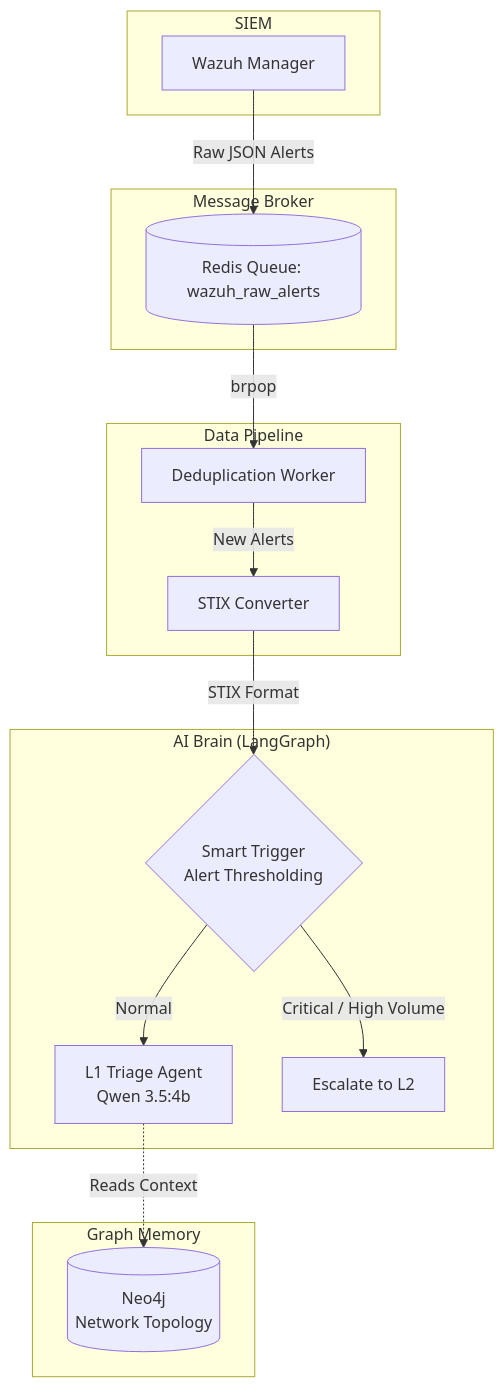
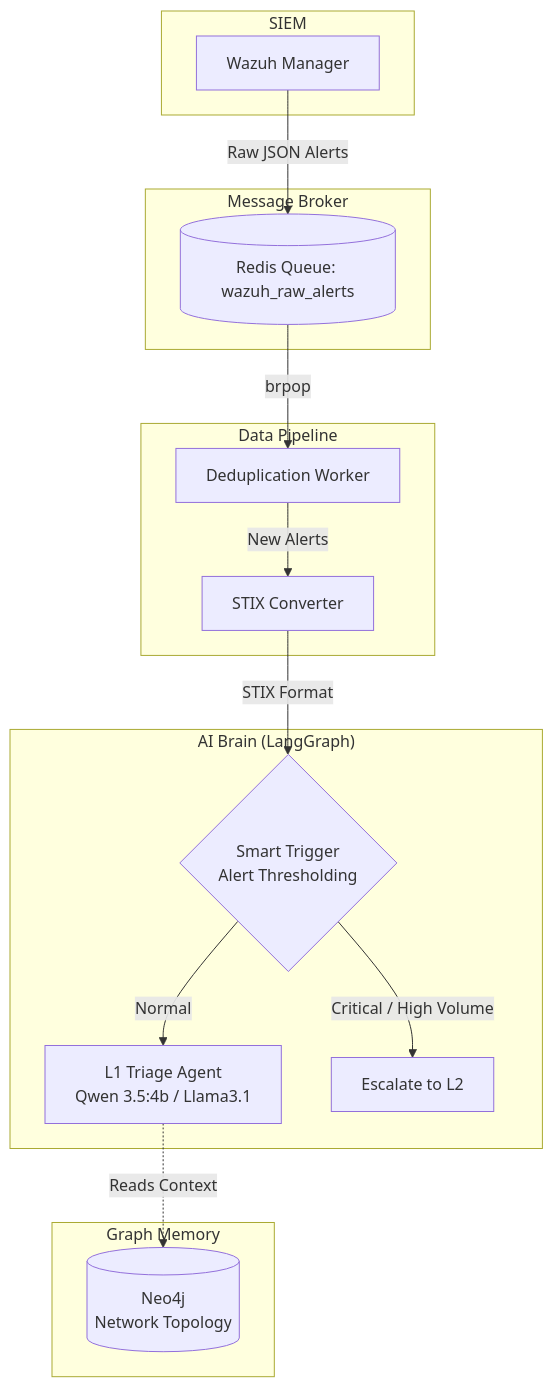
The diagram in README.md (XterryIT/Magister), drawn with Mermaid before and after one commit. The commit also changed other lines of this file and 22 other files, not shown here.

Commit message:
Restructure project into modular src architecture with dedicated brain and data processing components

````diff
--- a/README.md
+++ b/README.md
@@ -13,35 +28,35 @@
 ```mermaid
 flowchart TD
     subgraph SIEM ["SIEM"]
         W[Wazuh Manager]
     end
 
     subgraph Broker ["Message Broker"]
         R[(Redis Queue: wazuh_raw_alerts)]
     end
 
     subgraph Pipeline ["Data Pipeline"]
         D[Deduplication Worker]
         S[STIX Converter]
     end
 
     subgraph Brain ["AI Brain (LangGraph)"]
         T{Smart Trigger\nAlert Thresholding}
-        L1[L1 Triage Agent\nQwen 3.5:4b]
+        L1[L1 Triage Agent\nQwen 3.5:4b / Llama3.1]
         Esc[Escalate to L2]
     end
 
     subgraph GraphDB ["Graph Memory"]
         N[(Neo4j\nNetwork Topology)]
     end
 
     W -->|Raw JSON Alerts| R
     R -->|brpop| D
     D -->|New Alerts| S
     S -->|STIX Format| T
     
     T -->|Normal| L1
     T -->|Critical / High Volume| Esc
     
     L1 -.->|Reads Context| N
 ```
````
